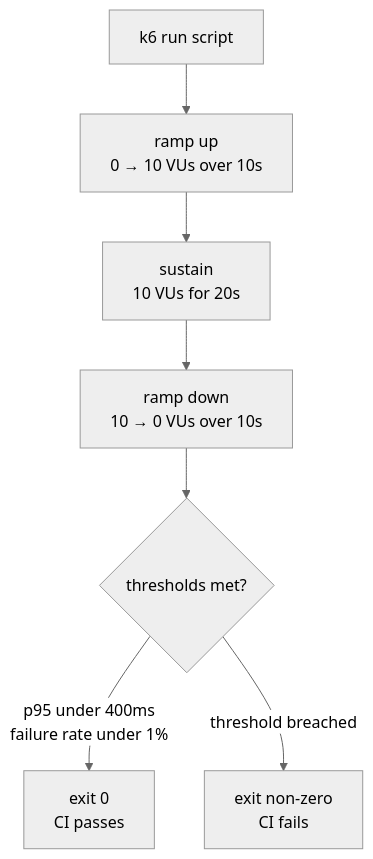
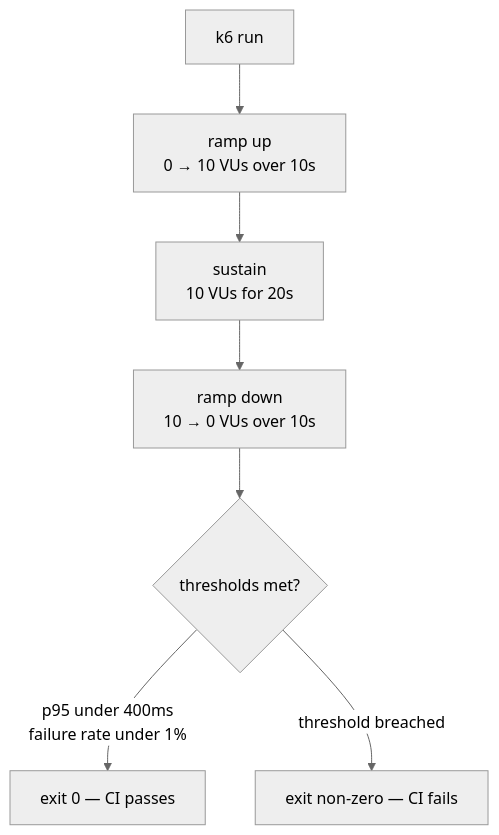
One commit to dharmateja2019/ApiTesting changed the fifth of 6 diagrams in ARCHITECTURE.md. Above: the diagram before and after it, drawn with Mermaid (neutral theme). The commit also changed other lines of this file and 49 other files, not shown here.

````diff
--- a/ARCHITECTURE.md
+++ b/ARCHITECTURE.md
@@ -140,9 +208,9 @@
 ```mermaid
 flowchart TD
-    START[k6 run script] --> RAMP[ramp up\n0 → 10 VUs over 10s]
+    START[k6 run] --> RAMP[ramp up\n0 → 10 VUs over 10s]
     RAMP --> SUSTAIN[sustain\n10 VUs for 20s]
     SUSTAIN --> DOWN[ramp down\n10 → 0 VUs over 10s]
     DOWN --> CHECK{thresholds met?}
-    CHECK -->|p95 under 400ms\nfailure rate under 1%| PASS[exit 0\nCI passes]
-    CHECK -->|threshold breached| FAIL[exit non-zero\nCI fails]
+    CHECK -->|p95 under 400ms\nfailure rate under 1%| PASS[exit 0 — CI passes]
+    CHECK -->|threshold breached| FAIL[exit non-zero — CI fails]
 ```
````
